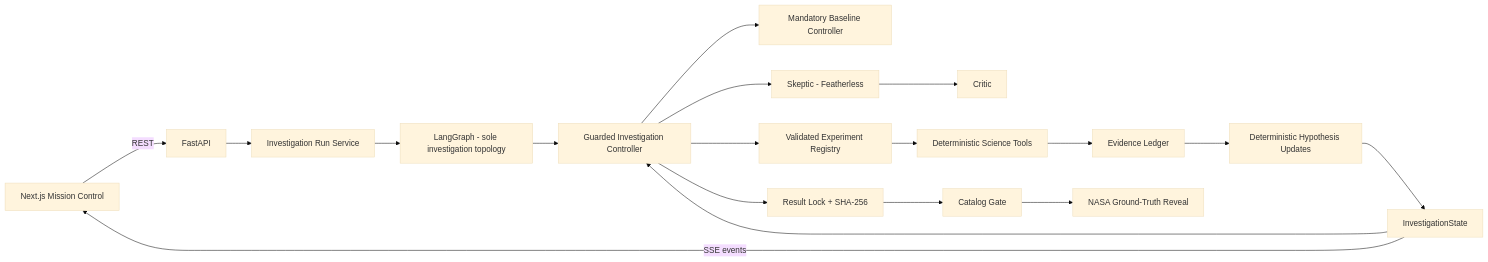
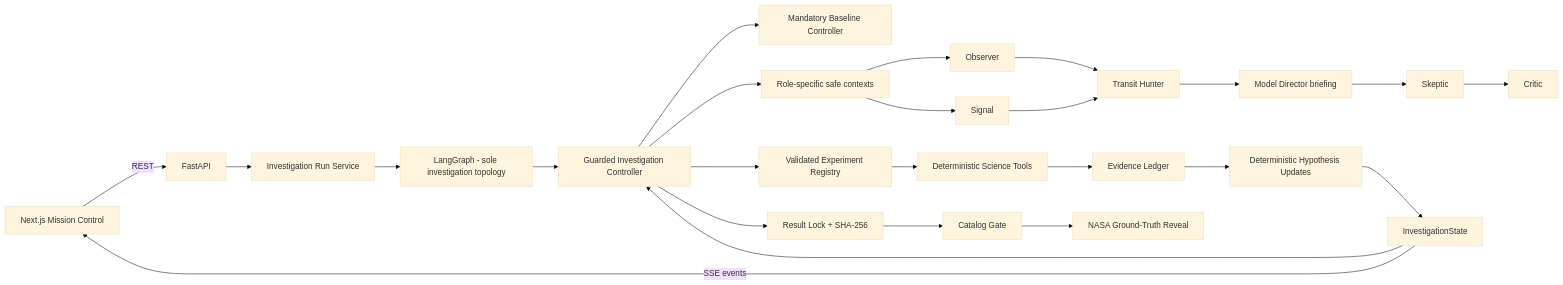
The first of 2 diagrams in docs/02_ARCHITECTURE.md (AzzouzAimen/exoswarm), drawn with Mermaid (base theme) before and after one commit. The commit also changed other lines of this file and 120 other files, not shown here.

````diff
--- a/docs/02_ARCHITECTURE.md
+++ b/docs/02_ARCHITECTURE.md
@@ -7,20 +7,26 @@
 ```mermaid
 flowchart LR
     UI[Next.js Mission Control] -->|REST| API[FastAPI]
     API --> RUNNER[Investigation Run Service]
     RUNNER --> GRAPH[LangGraph - sole investigation topology]
     GRAPH --> CTRL[Guarded Investigation Controller]
     CTRL --> BASE[Mandatory Baseline Controller]
-    CTRL --> SK[Skeptic - Featherless]
+    CTRL --> CTX[Role-specific safe contexts]
+    CTX --> OBS[Observer]
+    CTX --> SIG[Signal]
+    OBS --> TH[Transit Hunter]
+    SIG --> TH
+    TH --> DIR[Model Director briefing]
+    DIR --> SK[Skeptic]
     SK --> CR[Critic]
     CTRL --> REG[Validated Experiment Registry]
     REG --> SCI[Deterministic Science Tools]
     SCI --> LEDGER[Evidence Ledger]
     LEDGER --> HYP[Deterministic Hypothesis Updates]
     HYP --> STATE[InvestigationState]
     STATE --> CTRL
     STATE -->|SSE events| UI
     CTRL --> LOCK[Result Lock + SHA-256]
     LOCK --> GATE[Catalog Gate]
     GATE --> REVEAL[NASA Ground-Truth Reveal]
 ```
````
